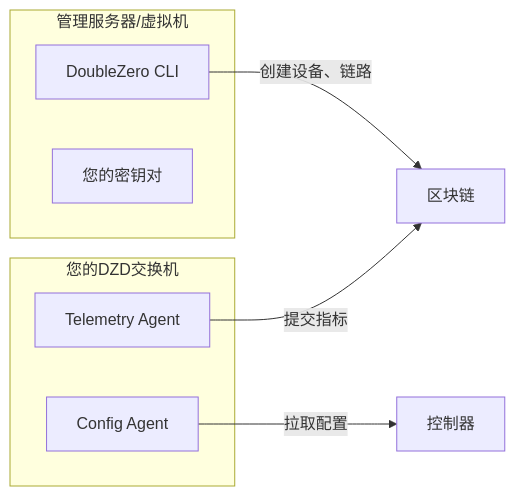
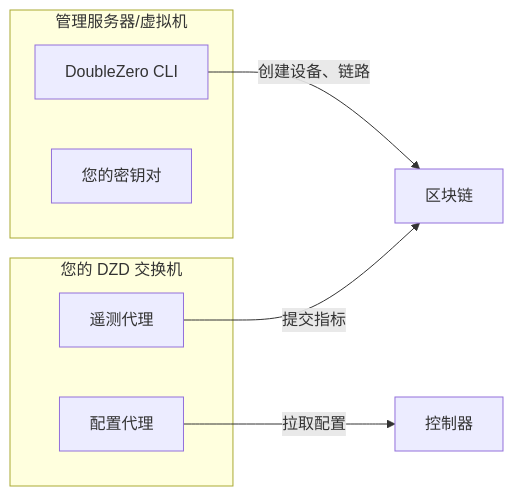
One commit to malbeclabs/docs changed the third of 13 diagrams in docs/contribute-provisioning.zh.md. Above: the diagram before and after it, drawn with Mermaid. The commit also changed other lines of this file and 160 other files, not shown here.

````diff
--- a/docs/contribute-provisioning.zh.md
+++ b/docs/contribute-provisioning.zh.md
@@ -134,16 +173,16 @@
     ```mermaid
     flowchart LR
         subgraph "管理服务器/虚拟机"
             CLI[DoubleZero CLI]
             KEYS[您的密钥对]
         end
 
-        subgraph "您的DZD交换机"
-            CA[Config Agent]
-            TA[Telemetry Agent]
+        subgraph "您的 DZD 交换机"
+            CA[配置代理]
+            TA[遥测代理]
         end
 
         CLI -->|创建设备、链路| BC[区块链]
         CA -->|拉取配置| CTRL[控制器]
         TA -->|提交指标| BC
     ```
````
